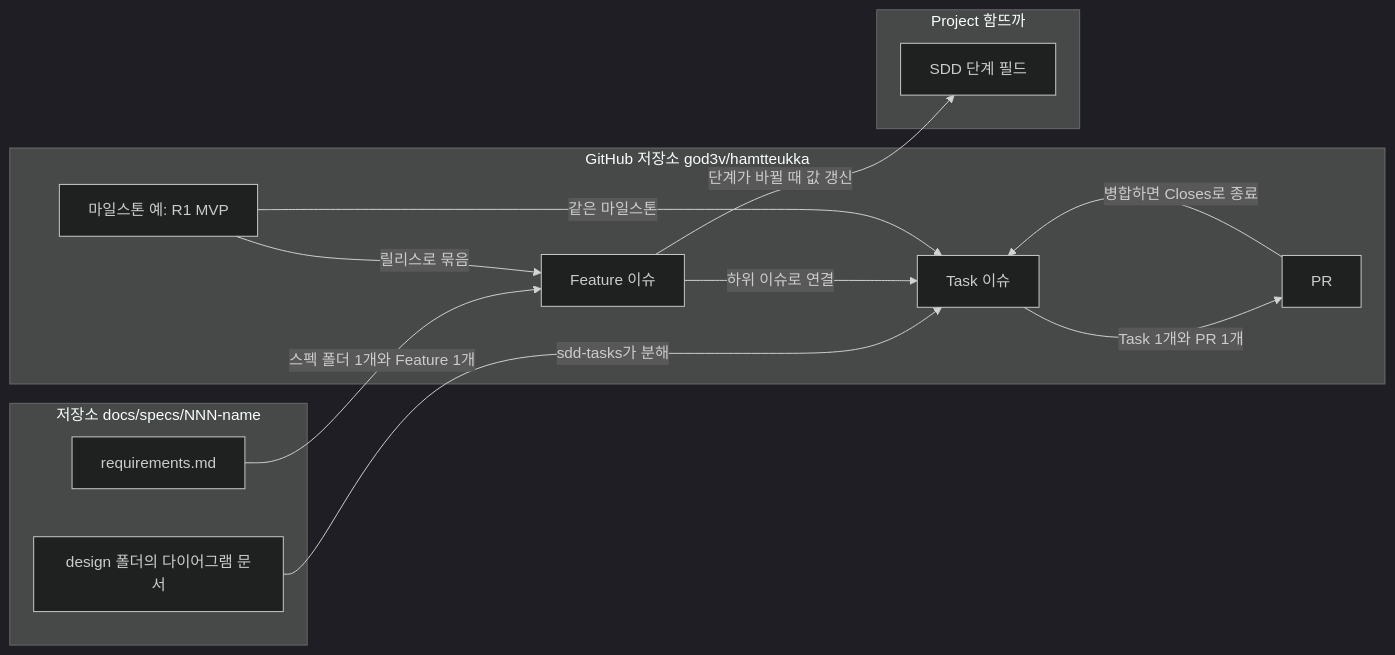
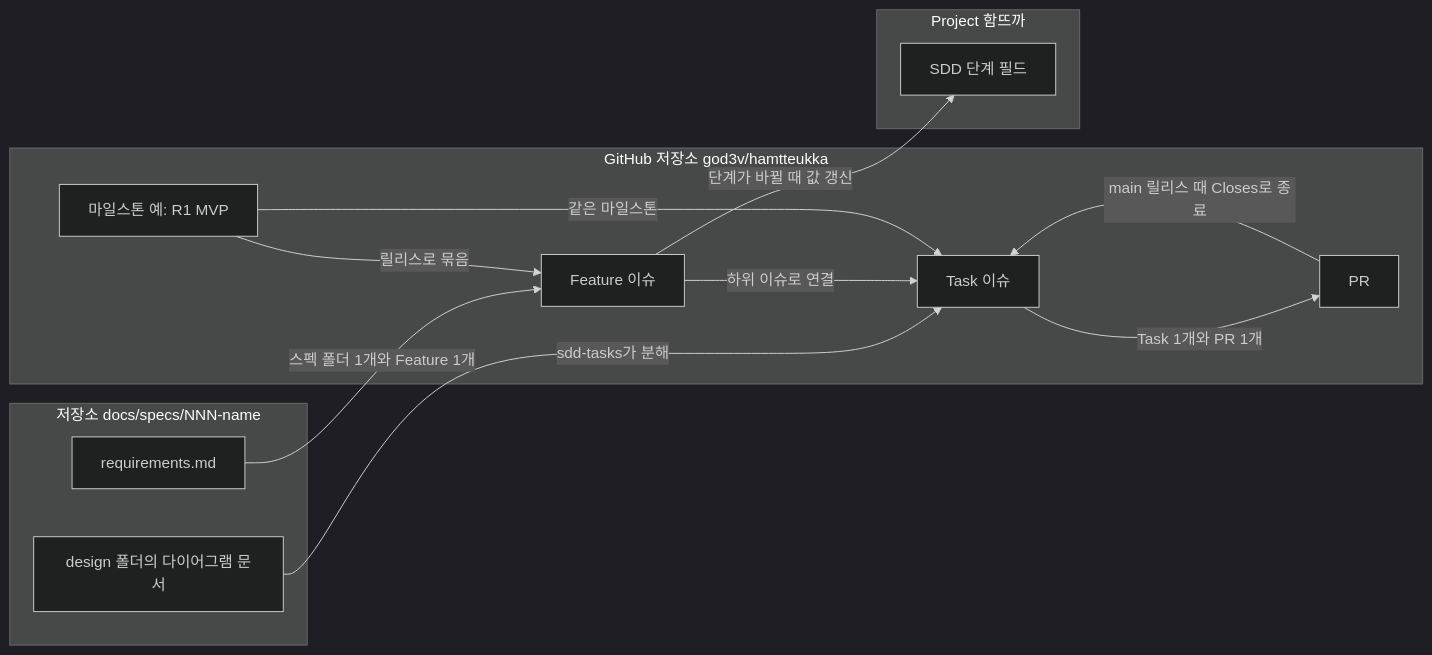
One commit to god3v/hamtteukka changed the second of 2 diagrams in docs/sdd-guide.md. Above: the diagram before and after it, drawn with Mermaid (dark theme). The commit also changed other lines of this file and 9 other files, not shown here.

````diff
--- a/docs/sdd-guide.md
+++ b/docs/sdd-guide.md
@@ -201,24 +201,24 @@
 ```mermaid
 flowchart LR
   subgraph repo["저장소 docs/specs/NNN-name"]
     Req["requirements.md"]
     Des["design 폴더의 다이어그램 문서"]
   end
   subgraph github["GitHub 저장소 god3v/hamtteukka"]
     MS["마일스톤 예: R1 MVP"]
     Feat["Feature 이슈"]
     TaskIssue["Task 이슈"]
     PRs["PR"]
   end
   subgraph proj["Project 함뜨까"]
     Field["SDD 단계 필드"]
   end
   Req -->|"스펙 폴더 1개와 Feature 1개"| Feat
   Des -->|"sdd-tasks가 분해"| TaskIssue
   Feat -->|"하위 이슈로 연결"| TaskIssue
   TaskIssue -->|"Task 1개와 PR 1개"| PRs
-  PRs -->|"병합하면 Closes로 종료"| TaskIssue
+  PRs -->|"main 릴리스 때 Closes로 종료"| TaskIssue
   MS -->|"릴리스로 묶음"| Feat
   MS -->|"같은 마일스톤"| TaskIssue
   Feat -->|"단계가 바뀔 때 값 갱신"| Field
 ```
````
